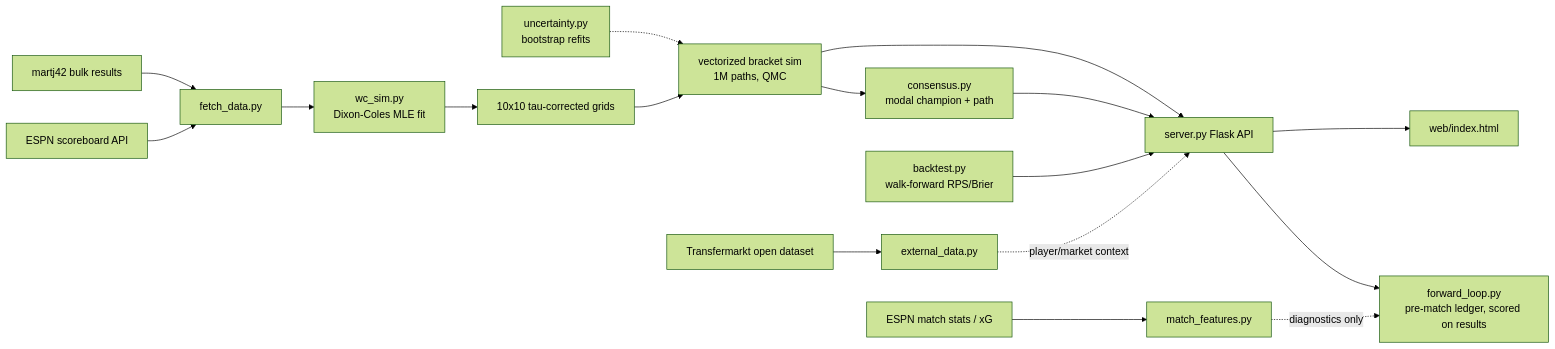
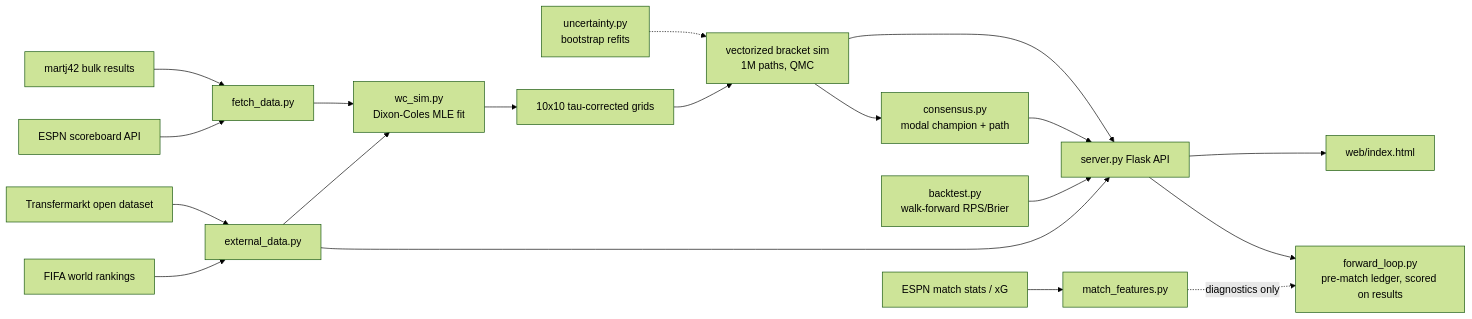
The diagram in README.md (suyashbansal07-dev/FIFA-26-sim), drawn with Mermaid (forest theme) before and after one commit. The commit also changed other lines of this file and 10 other files, not shown here.

````diff
--- a/README.md
+++ b/README.md
@@ -57,19 +57,21 @@
 ```mermaid
 flowchart LR
     A[martj42 bulk results] --> C[fetch_data.py]
     B[ESPN scoreboard API] --> C
     B2[ESPN match stats / xG] --> MF[match_features.py]
     B3[Transfermarkt open dataset] --> X[external_data.py]
+    B4[FIFA world rankings] --> X
     C --> D[wc_sim.py<br/>Dixon-Coles MLE fit]
     D --> E[10x10 tau-corrected grids]
     U[uncertainty.py<br/>bootstrap refits] -.-> F
     E --> F[vectorized bracket sim<br/>1M paths, QMC]
     F --> G[consensus.py<br/>modal champion + path]
     F --> H[server.py Flask API]
     G --> H
     H --> I[web/index.html]
     H --> J[forward_loop.py<br/>pre-match ledger, scored on results]
     K[backtest.py<br/>walk-forward RPS/Brier] --> H
     MF -.diagnostics only.-> J
-    X -.player/market context.-> H
+    X --> D
+    X --> H
 ```
````
